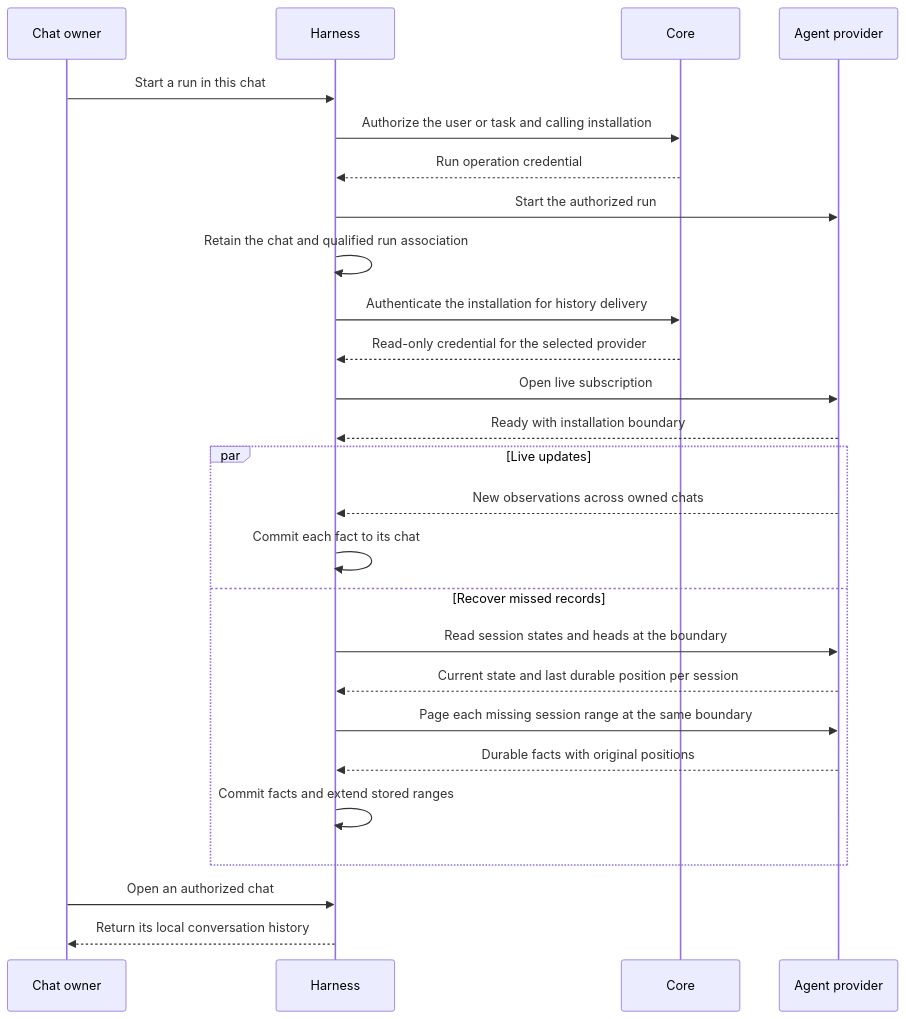
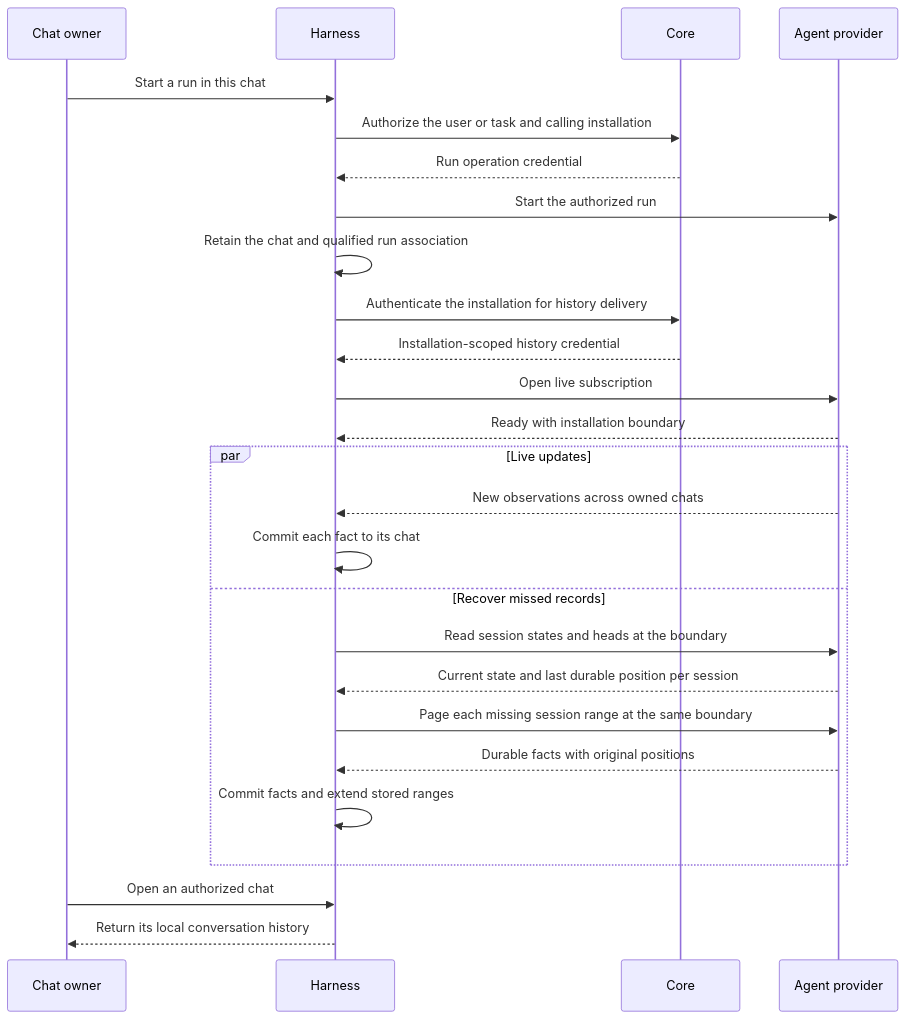
The diagram in docs/features/agent-provider-interface/feature.md (alex-de-haas/docker-host), drawn with Mermaid before and after one commit. The commit also changed other lines of this file and 191 other files, not shown here.

````diff
--- a/docs/features/agent-provider-interface/feature.md
+++ b/docs/features/agent-provider-interface/feature.md
@@ -187,28 +190,28 @@
 ```mermaid
 sequenceDiagram
     participant U as Chat owner
     participant H as Harness
     participant C as Core
     participant P as Agent provider
     U->>H: Start a run in this chat
     H->>C: Authorize the user or task and calling installation
     C-->>H: Run operation credential
     H->>P: Start the authorized run
     H->>H: Retain the chat and qualified run association
     H->>C: Authenticate the installation for history delivery
-    C-->>H: Read-only credential for the selected provider
+    C-->>H: Installation-scoped history credential
     H->>P: Open live subscription
     P-->>H: Ready with installation boundary
     par Live updates
         P-->>H: New observations across owned chats
         H->>H: Commit each fact to its chat
     and Recover missed records
         H->>P: Read session states and heads at the boundary
         P-->>H: Current state and last durable position per session
         H->>P: Page each missing session range at the same boundary
         P-->>H: Durable facts with original positions
         H->>H: Commit facts and extend stored ranges
     end
     U->>H: Open an authorized chat
     H-->>U: Return its local conversation history
 ```
````
